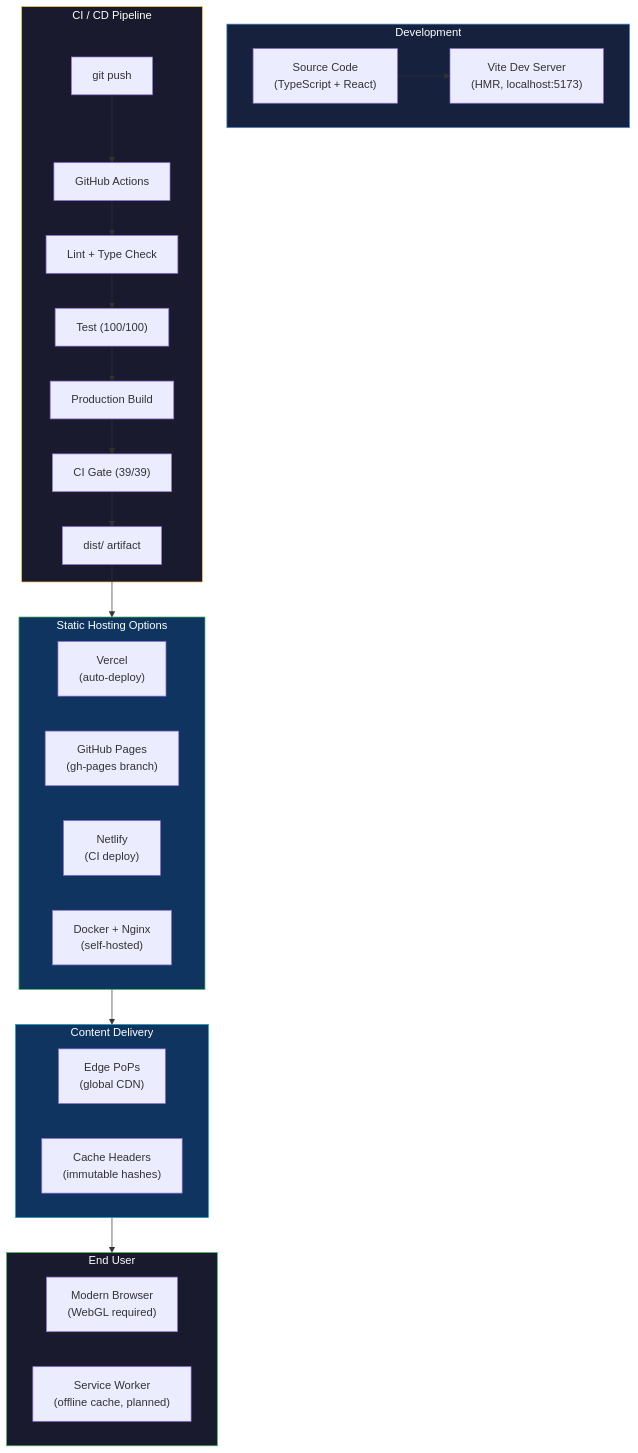
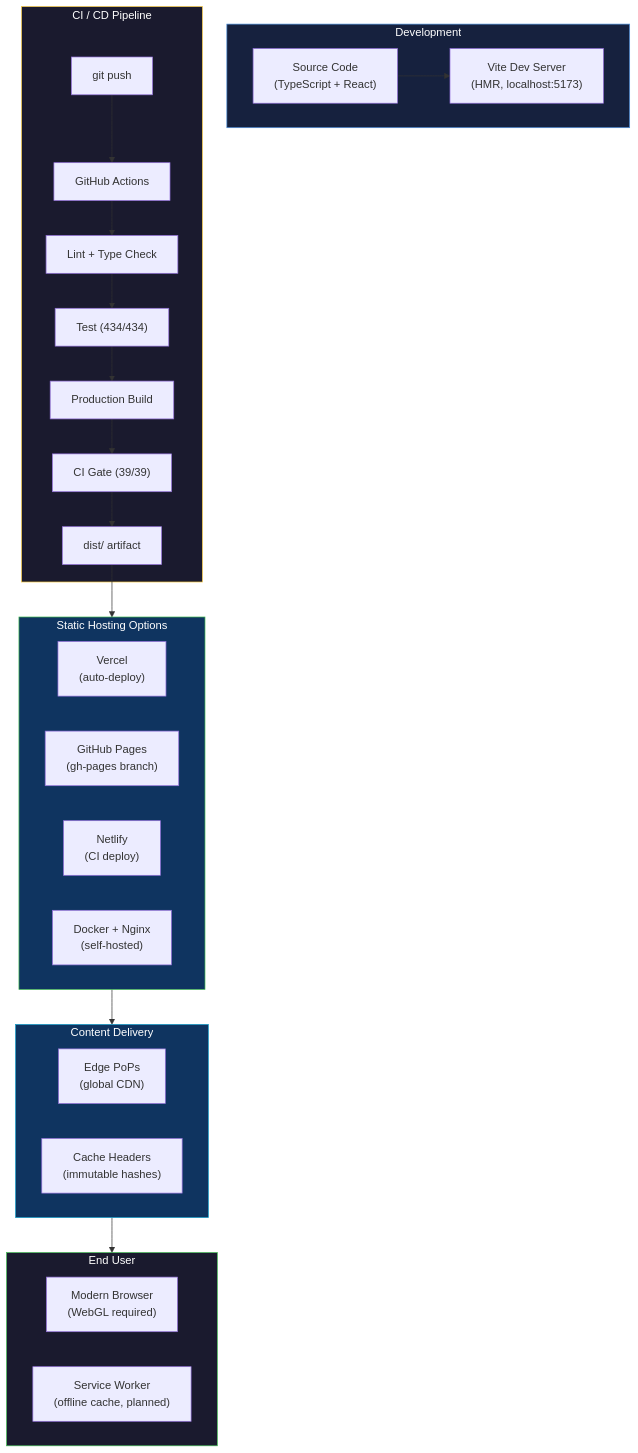
One commit to mustafaras/belief_emergence changed diagram 15 of 15 in README.md. Above: the diagram before and after it, drawn with Mermaid. The commit also changed other lines of this file and 11 other files, not shown here.

````diff
--- a/README.md
+++ b/README.md
@@ -3333,48 +3374,48 @@
 ```mermaid
 flowchart TB
     subgraph Dev["Development"]
         Code["Source Code\n(TypeScript + React)"]
         DevServer["Vite Dev Server\n(HMR, localhost:5173)"]
         Code --> DevServer
     end
 
     subgraph CI["CI / CD Pipeline"]
         Push["git push"]
         GHA["GitHub Actions"]
         Lint2["Lint + Type Check"]
-        Test2["Test (100/100)"]
+        Test2["Test (434/434)"]
         Build2["Production Build"]
         Gate2["CI Gate (39/39)"]
         Artifact["dist/ artifact"]
 
         Push --> GHA --> Lint2 --> Test2 --> Build2 --> Gate2 --> Artifact
     end
 
     subgraph Hosting["Static Hosting Options"]
         direction LR
         VercelH["Vercel\n(auto-deploy)"]
         GHPagesH["GitHub Pages\n(gh-pages branch)"]
         NetlifyH["Netlify\n(CI deploy)"]
         DockerH["Docker + Nginx\n(self-hosted)"]
     end
 
     subgraph CDN["Content Delivery"]
         EdgePOP["Edge PoPs\n(global CDN)"]
         Cache["Cache Headers\n(immutable hashes)"]
     end
 
     subgraph Client["End User"]
         Browser["Modern Browser\n(WebGL required)"]
         ServiceWorker["Service Worker\n(offline cache, planned)"]
     end
 
     Artifact --> Hosting
     Hosting --> CDN
     CDN --> Client
 
     style Dev fill:#16213e,stroke:#4c8eda,color:#fff
     style CI fill:#1a1a2e,stroke:#f5c842,color:#fff
     style Hosting fill:#0f3460,stroke:#3fb950,color:#fff
     style CDN fill:#0f3460,stroke:#149eca,color:#fff
     style Client fill:#1a1a2e,stroke:#3fb950,color:#fff
 ```
````
